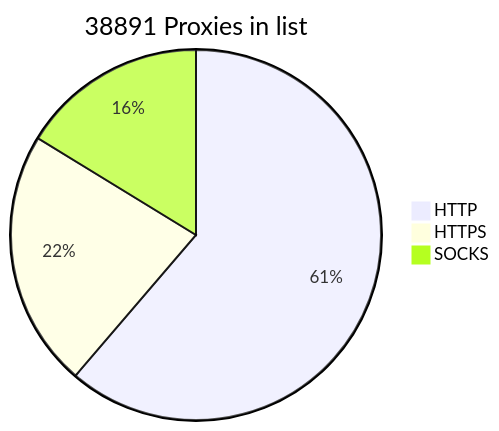
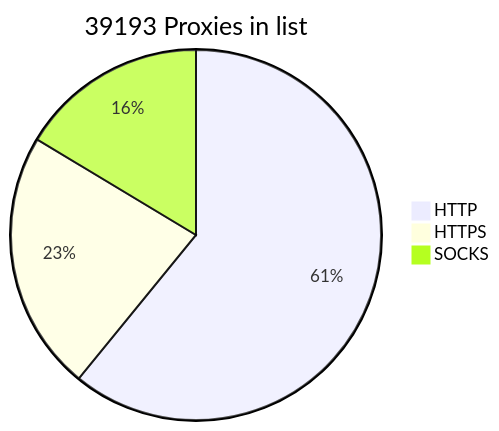
Before and after one commit to BlackSnowDot/proxylist-update-every-minute: the diagram in README.md, drawn with Mermaid.

````diff
--- a/README.md
+++ b/README.md
@@ -2,6 +2,6 @@
 ```mermaid
-pie title 38891 Proxies in list
-    "HTTP" : 28091
-    "HTTPS": 10299
-    "SOCKS" : 7454
+pie title 39193 Proxies in list
+    "HTTP" : 28103
+    "HTTPS": 10480
+    "SOCKS" : 7563
 ```
````
